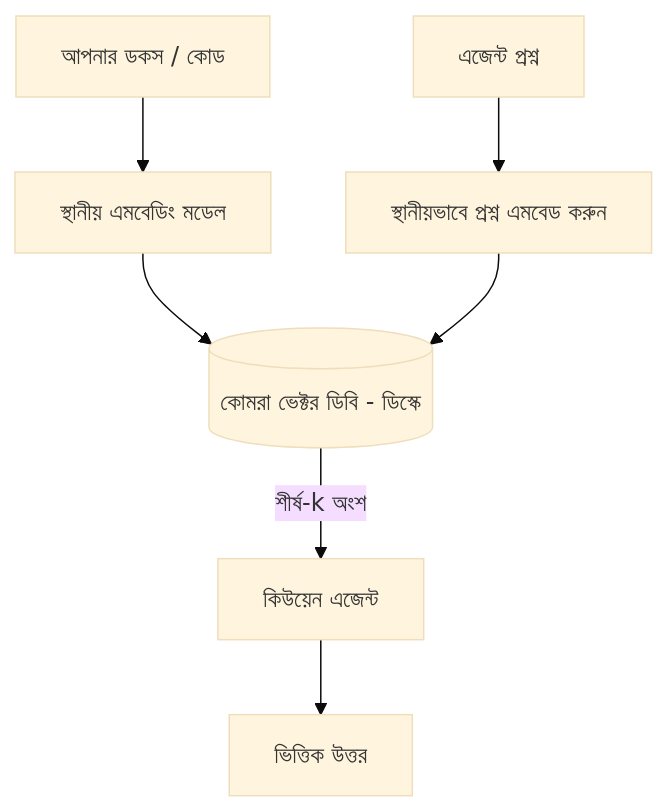
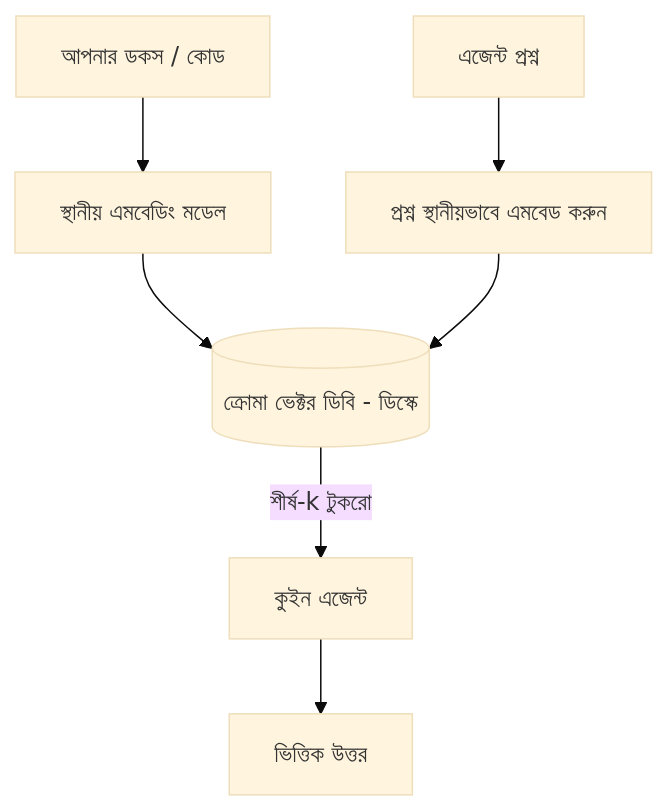
The third of 4 diagrams in mirrors/repos/microsoft@ai-agents-for-beginners/translations/bn/17-creating-local-ai-agents/README.md (gabrielmoreira/agent-skills-mirror), drawn with Mermaid (base theme) before and after one commit. The commit also changed other lines of this file and 4262 other files, not shown here.

````diff
--- a/mirrors/repos/microsoft@ai-agents-for-beginners/translations/bn/17-creating-local-ai-agents/README.md
+++ b/mirrors/repos/microsoft@ai-agents-for-beginners/translations/bn/17-creating-local-ai-agents/README.md
@@ -125,9 +125,9 @@
 ```mermaid
 flowchart TB
     D[আপনার ডকস / কোড] --> E[স্থানীয় এমবেডিং মডেল]
-    E --> V[(কোমরা ভেক্টর ডিবি - ডিস্কে)]
-    Q[এজেন্ট প্রশ্ন] --> QE[স্থানীয়ভাবে প্রশ্ন এমবেড করুন]
+    E --> V[(ক্রোমা ভেক্টর ডিবি - ডিস্কে)]
+    Q[এজেন্ট প্রশ্ন] --> QE[প্রশ্ন স্থানীয়ভাবে এমবেড করুন]
     QE --> V
-    V -->|শীর্ষ-k অংশ| A[কিউয়েন এজেন্ট]
+    V -->|শীর্ষ-k টুকরো| A[কুইন এজেন্ট]
     A --> Ans[ভিত্তিক উত্তর]
 ```
````
